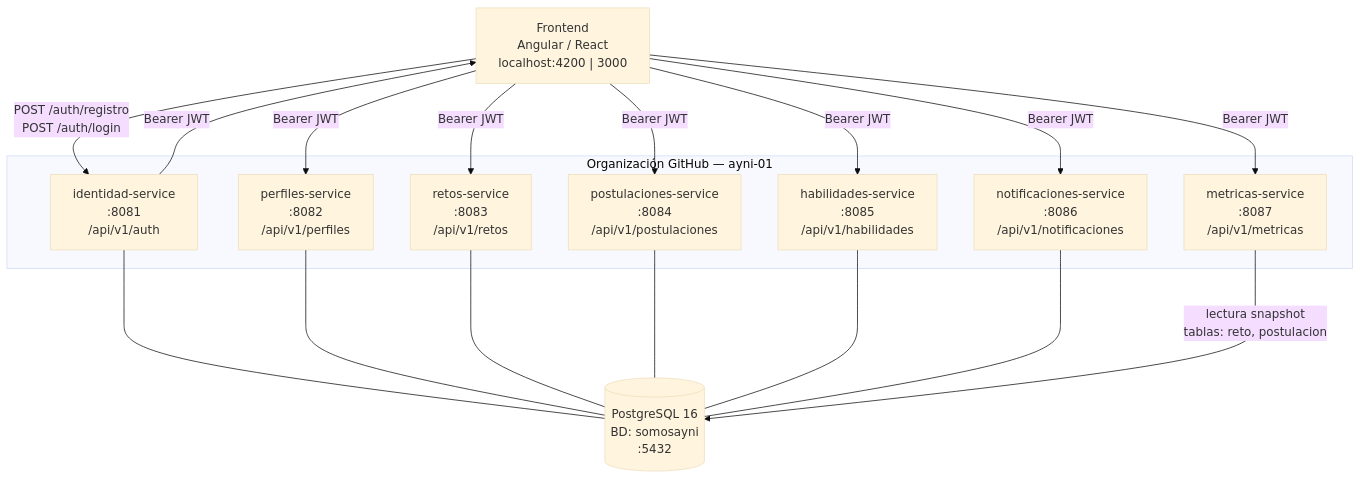
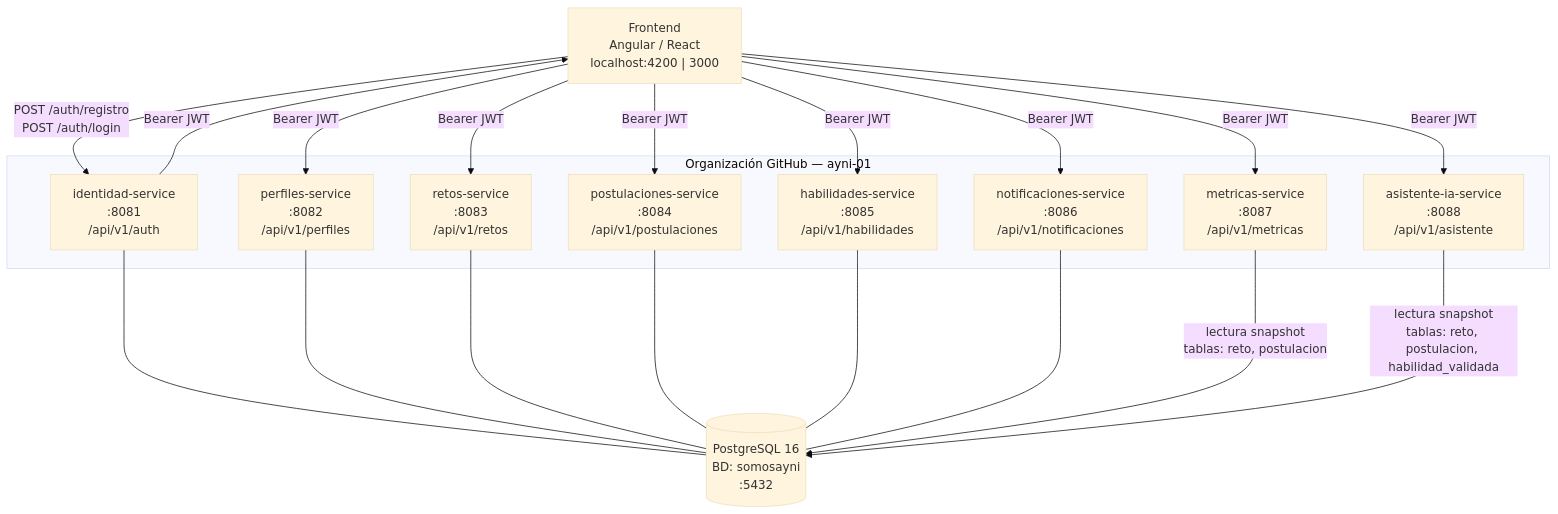
The first of 3 diagrams in profile/README.md (ayni-01/.github), drawn with Mermaid (base theme) before and after one commit. The commit also changed other lines of this file, not shown here.

Commit message:
docs: add ayni-asistente-ia-service to the org architecture overview

````diff
--- a/profile/README.md
+++ b/profile/README.md
@@ -11,34 +11,37 @@
 ```mermaid
 graph TB
     FE["Frontend\nAngular / React\nlocalhost:4200 | 3000"]
 
     subgraph org["Organización GitHub — ayni-01"]
         IS["identidad-service\n:8081\n/api/v1/auth"]
         PS["perfiles-service\n:8082\n/api/v1/perfiles"]
         RS["retos-service\n:8083\n/api/v1/retos"]
         POS["postulaciones-service\n:8084\n/api/v1/postulaciones"]
         HS["habilidades-service\n:8085\n/api/v1/habilidades"]
         NS["notificaciones-service\n:8086\n/api/v1/notificaciones"]
         MS["metricas-service\n:8087\n/api/v1/metricas"]
+        AIS["asistente-ia-service\n:8088\n/api/v1/asistente"]
     end
 
     DB[("PostgreSQL 16\nBD: somosayni\n:5432")]
 
     FE -->|"POST /auth/registro\nPOST /auth/login"| IS
     IS -->|"Bearer JWT"| FE
 
     FE -->|"Bearer JWT"| PS
     FE -->|"Bearer JWT"| RS
     FE -->|"Bearer JWT"| POS
     FE -->|"Bearer JWT"| HS
     FE -->|"Bearer JWT"| NS
     FE -->|"Bearer JWT"| MS
+    FE -->|"Bearer JWT"| AIS
 
     IS --- DB
     PS --- DB
     RS --- DB
     POS --- DB
     HS --- DB
     NS --- DB
     MS --->|"lectura snapshot\ntablas: reto, postulacion"| DB
+    AIS -->|"lectura snapshot\ntablas: reto, postulacion, habilidad_validada"| DB
 ```
````
